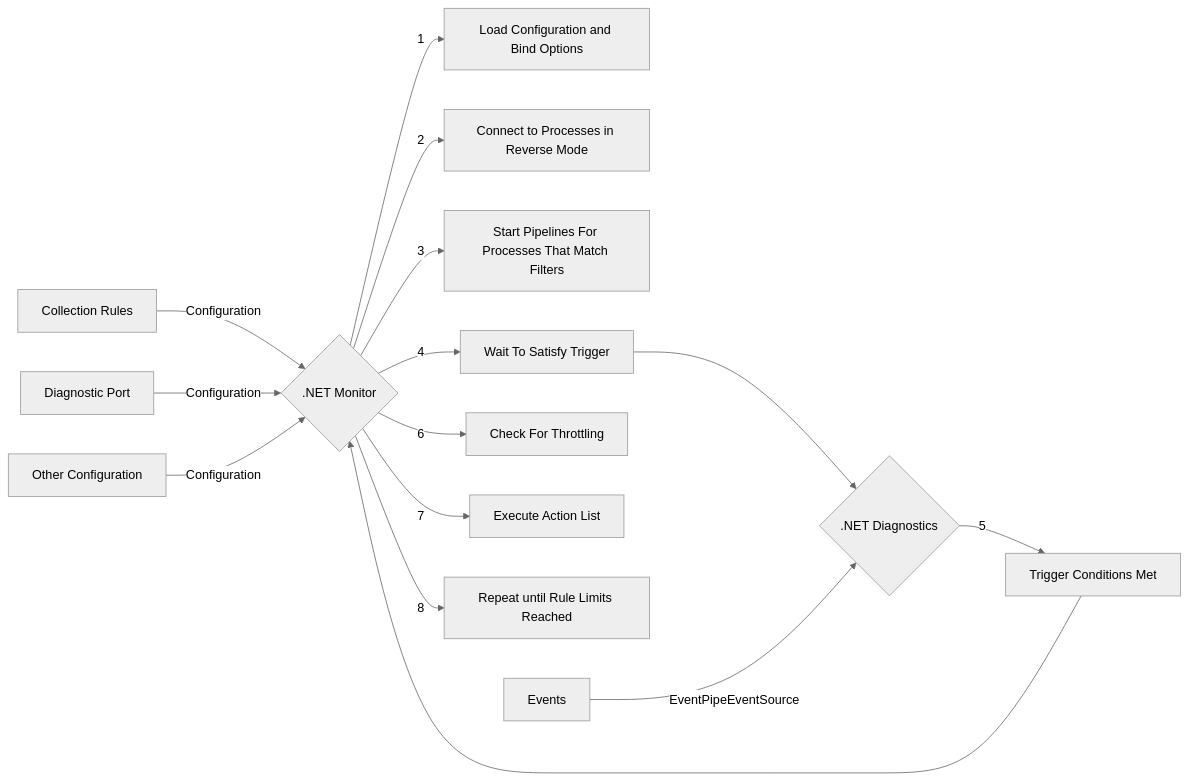
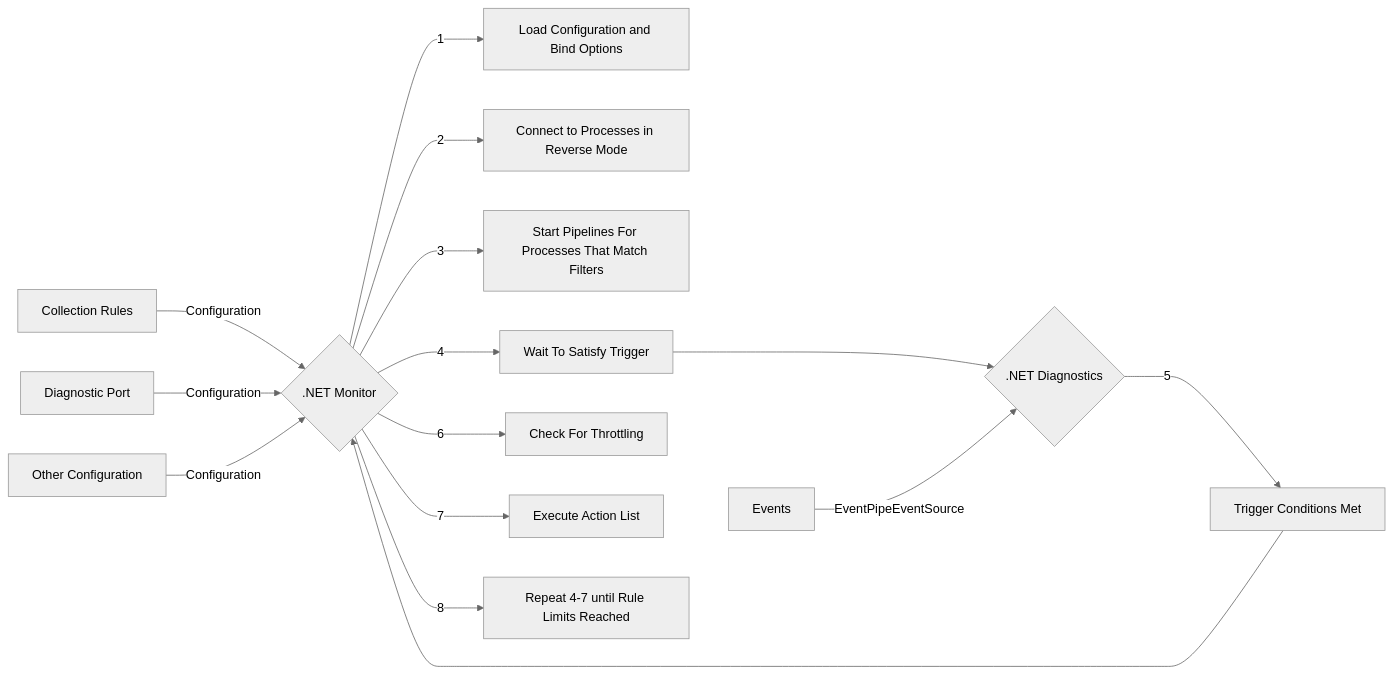
One commit to dotnet/dotnet-monitor changed the diagram in documentation/learningPath/collectionrules.md. Above: the diagram before and after it, drawn with Mermaid (neutral theme).

````diff
--- a/documentation/learningPath/collectionrules.md
+++ b/documentation/learningPath/collectionrules.md
@@ -20,19 +20,19 @@
 ```mermaid
 graph LR
     A[Collection Rules] --> |Configuration| N{.NET Monitor}
     B[Diagnostic Port] --> |Configuration| N{.NET Monitor}
     C[Other Configuration] --> |Configuration| N{.NET Monitor}
-    N --> |1| O[Load Configuration and Bind Options]
-    N --> |2| P[Connect to Processes in Reverse Mode]    
-    N --> |3| Q[Start Pipelines For Processes That Match Filters]
-    N --> |4| R[Wait To Satisfy Trigger]
-    R --> U
-    U --> |5| S[Trigger Conditions Met]
-    S --> N
-    N --> |6| V[Check For Throttling]
-    N --> |7| W[Execute Action List]
-    N --> |8| X[Repeat until Rule Limits Reached]
+    N ---> |1| O[Load Configuration and Bind Options]
+    N ---> |2| P[Connect to Processes in Reverse Mode]    
+    N ---> |3| Q[Start Pipelines For Processes That Match Filters]
+    N ---> |4| R[Wait To Satisfy Trigger]
+    R ---> U
+    U ---> |5| S[Trigger Conditions Met]
+    S ---> N
+    N ---> |6| V[Check For Throttling]
+    N ---> |7| W[Execute Action List]
+    N ---> |8| X[Repeat 4-7 until Rule Limits Reached]
 
 
     T[Events] --> |EventPipeEventSource| U{.NET Diagnostics}
 ```
````
